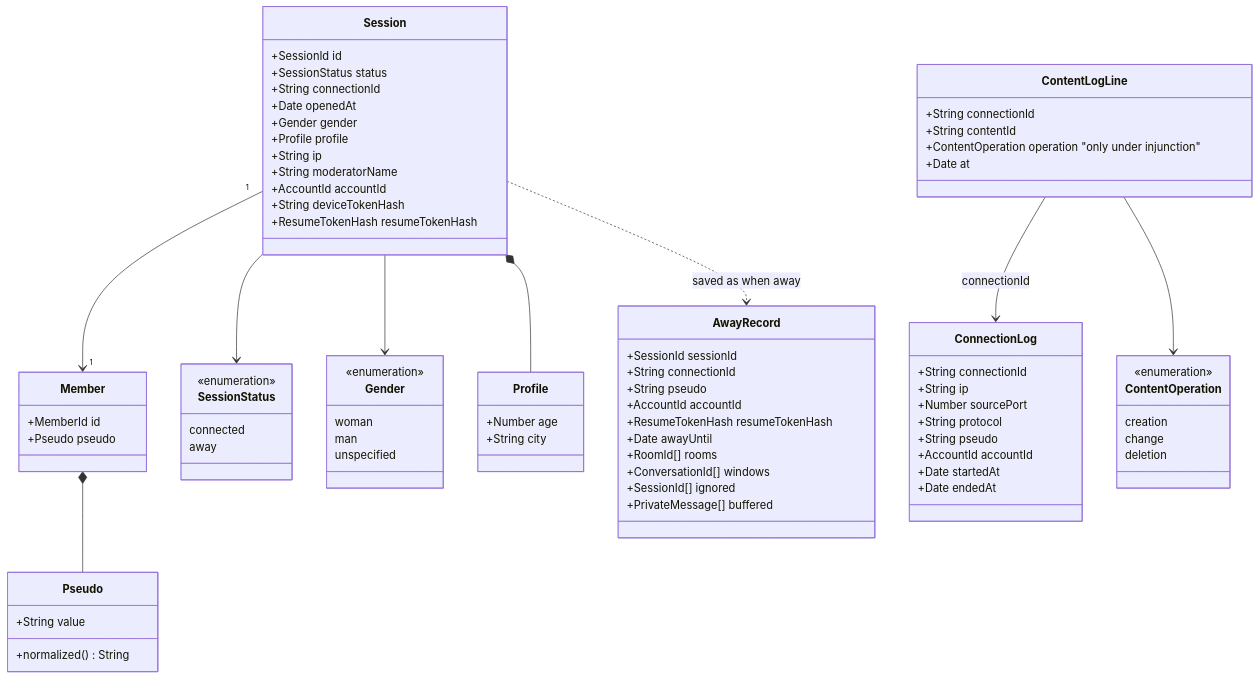
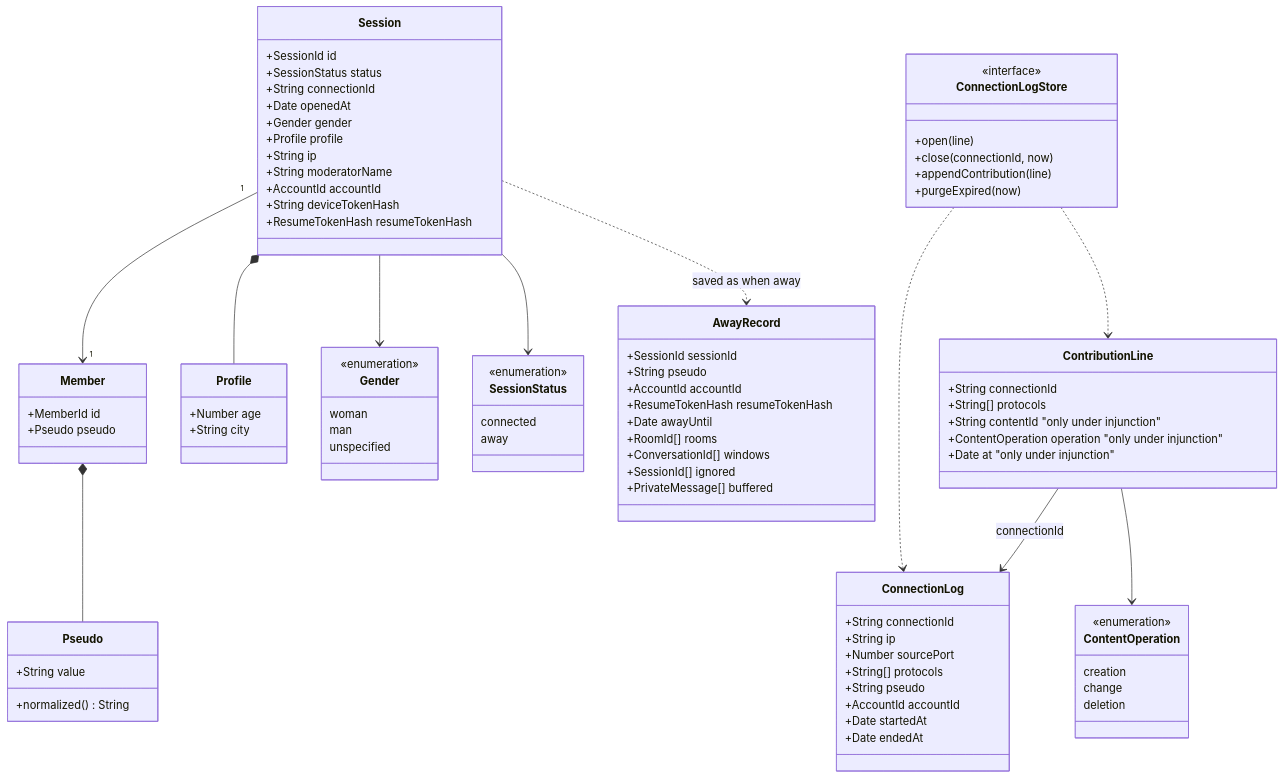
Before and after one commit to benoit-bremaud/asv: the diagram in docs/architecture/diagrams/entry/04-class.md, drawn with Mermaid. The commit also changed other lines of this file and 21 other files, not shown here.

First line of the commit message:
docs(legal): align BR-060 with decree arts. 5 and 6, one log line per socket

````diff
--- a/docs/architecture/diagrams/entry/04-class.md
+++ b/docs/architecture/diagrams/entry/04-class.md
@@ -52,7 +52,6 @@
   }
   class AwayRecord {
     +SessionId sessionId
-    +String connectionId
     +String pseudo
     +AccountId accountId
     +ResumeTokenHash resumeTokenHash
@@ -66,17 +65,25 @@
     +String connectionId
     +String ip
     +Number sourcePort
-    +String protocol
+    +String[] protocols
     +String pseudo
     +AccountId accountId
     +Date startedAt
     +Date endedAt
   }
-  class ContentLogLine {
+  class ContributionLine {
     +String connectionId
-    +String contentId
+    +String[] protocols
+    +String contentId "only under injunction"
     +ContentOperation operation "only under injunction"
-    +Date at
+    +Date at "only under injunction"
+  }
+  class ConnectionLogStore {
+    <<interface>>
+    +open(line)
+    +close(connectionId, now)
+    +appendContribution(line)
+    +purgeExpired(now)
   }
   class ContentOperation {
     <<enumeration>>
@@ -90,6 +97,8 @@
   Session --> Gender
   Session --> SessionStatus
   Session ..> AwayRecord : saved as when away
-  ContentLogLine --> ConnectionLog : connectionId
-  ContentLogLine --> ContentOperation
+  ContributionLine --> ConnectionLog : connectionId
+  ContributionLine --> ContentOperation
+  ConnectionLogStore ..> ConnectionLog
+  ConnectionLogStore ..> ContributionLine
 ```
````
